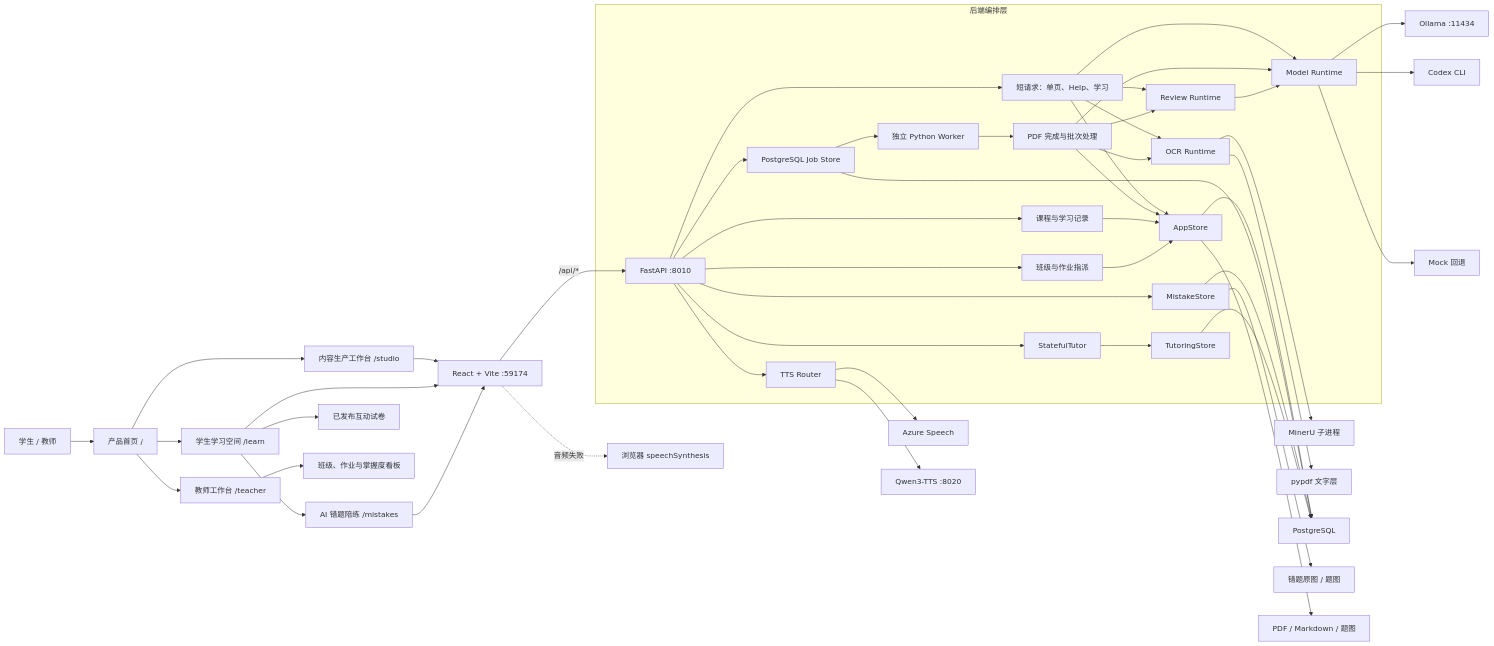
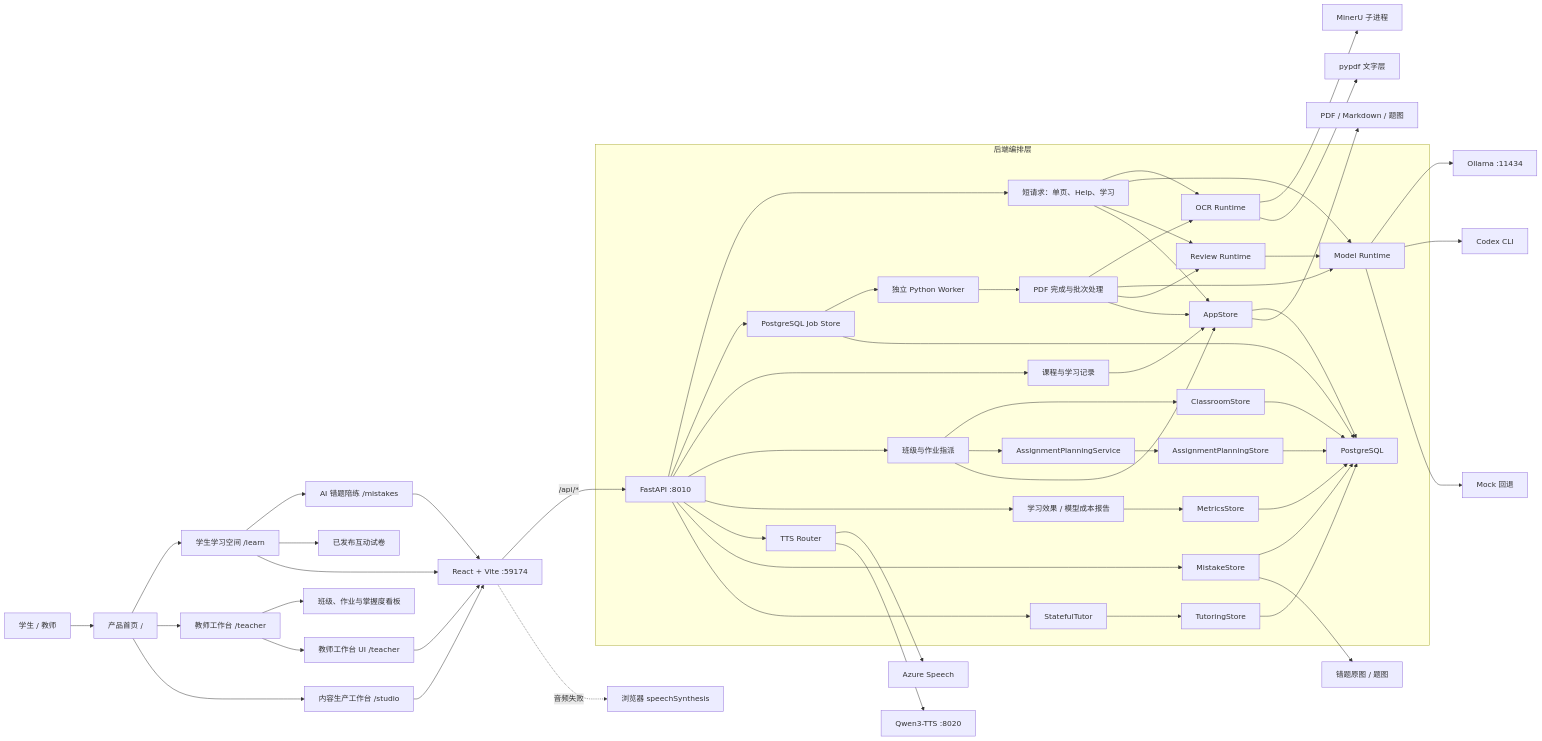
One commit to ningkaikok/dotty-tutor changed the first of 6 diagrams in docs/architecture.md. Above: the diagram before and after it, drawn with Mermaid. The commit also changed other lines of this file and 13 other files, not shown here.

Commit message:
docs(sync): align product and architecture documentation

````diff
--- a/docs/architecture.md
+++ b/docs/architecture.md
@@ -12,53 +12,63 @@
 ```mermaid
 flowchart LR
   User["学生 / 教师"] --> Home["产品首页 /"]
   Home --> Student["学生学习空间 /learn"]
   Home --> Teacher["教师工作台 /teacher"]
   Home --> Studio["内容生产工作台 /studio"]
   Student --> Mistakes["AI 错题陪练 /mistakes"]
   Student --> Papers["已发布互动试卷"]
   Teacher --> Classroom["班级、作业与掌握度看板"]
+  Teacher --> TeacherWeb["教师工作台 UI /teacher"]
   Studio --> Web["React + Vite :59174"]
   Student --> Web
+  TeacherWeb --> Web
   Mistakes --> Web
   Web -->|"/api/*"| API["FastAPI :8010"]
 
   subgraph Backend["后端编排层"]
     API --> Pipeline["短请求：单页、Help、学习"]
     API --> JobStore["PostgreSQL Job Store"]
     JobStore --> Worker["独立 Python Worker"]
     Worker --> Processing["PDF 完成与批次处理"]
     API --> Learning["课程与学习记录"]
     API --> ClassroomAPI["班级与作业指派"]
+    ClassroomAPI --> ClassroomStore["ClassroomStore"]
+    ClassroomAPI --> Planning["AssignmentPlanningService"]
+    Planning --> PlanningStore["AssignmentPlanningStore"]
+    API --> Metrics["学习效果 / 模型成本报告"]
     Pipeline --> OCR["OCR Runtime"]
     Pipeline --> Model["Model Runtime"]
     Pipeline --> Review["Review Runtime"]
     Pipeline --> Store["AppStore"]
     Processing --> OCR
     Processing --> Model
     Processing --> Review
     Processing --> Store
     Learning --> Store
     ClassroomAPI --> Store
+    ClassroomStore --> PostgreSQL
+    PlanningStore --> PostgreSQL
+    Metrics --> MetricsStore["MetricsStore"]
     API --> TTS["TTS Router"]
     API --> MistakeStore["MistakeStore"]
     API --> Tutor["StatefulTutor"]
     Tutor --> ThreadStore["TutoringStore"]
     Review --> Model
   end
 
   OCR --> MinerU["MinerU 子进程"]
   OCR --> PyPDF["pypdf 文字层"]
   Model --> Ollama["Ollama :11434"]
   Model --> Codex["Codex CLI"]
   Model --> Mock["Mock 回退"]
   Store --> PostgreSQL["PostgreSQL"]
   JobStore --> PostgreSQL
   MistakeStore --> PostgreSQL
   ThreadStore --> PostgreSQL
+  MetricsStore --> PostgreSQL
   MistakeStore --> MistakeFiles["错题原图 / 题图"]
   Store --> Files["PDF / Markdown / 题图"]
   TTS --> Azure["Azure Speech"]
   TTS --> Qwen["Qwen3-TTS :8020"]
   Web -. "音频失败" .-> BrowserTTS["浏览器 speechSynthesis"]
 ```
````
